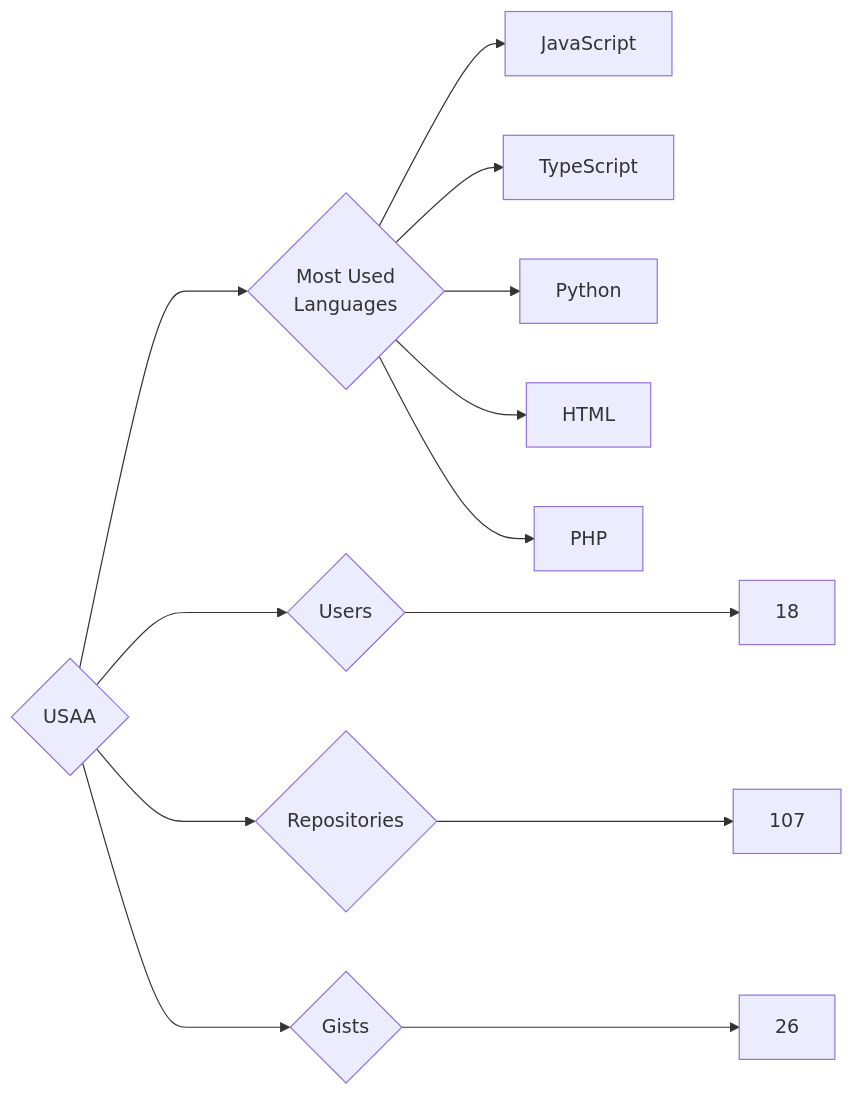
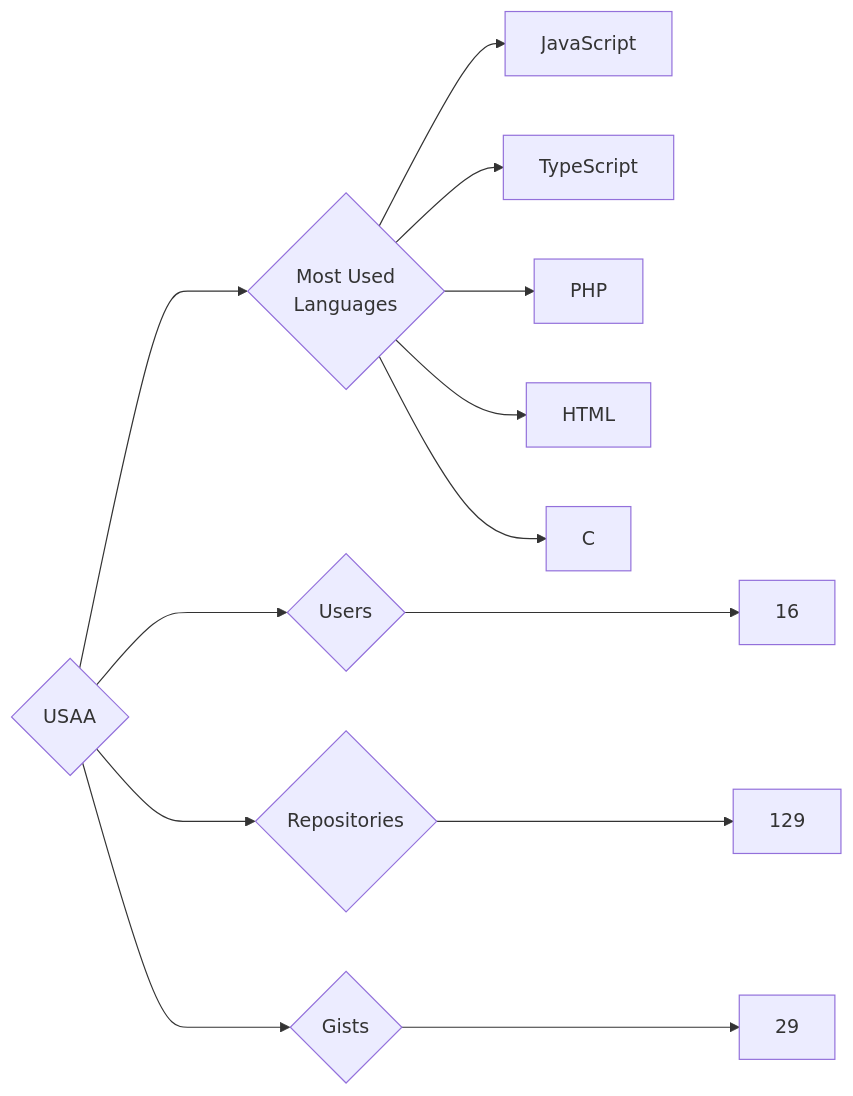
The diagram in targets/USAA/README.md (trickest/insiders), drawn with Mermaid before and after one commit. The commit also changed 972 other files, not shown here.

````diff
--- a/targets/USAA/README.md
+++ b/targets/USAA/README.md
@@ -3,13 +3,13 @@
 ```mermaid
 graph LR
 COMPANY_NAME{USAA}
-COMPANY_NAME ---> U{Users} ---> UN[18]
-COMPANY_NAME ---> R{Repositories} ---> RN[107]
-COMPANY_NAME ---> G{Gists} ---> GN[26]
+COMPANY_NAME ---> U{Users} ---> UN[16]
+COMPANY_NAME ---> R{Repositories} ---> RN[129]
+COMPANY_NAME ---> G{Gists} ---> GN[29]
 COMPANY_NAME ---> ML{Most Used<br>Languages}
 ML --> JavaScript[JavaScript]
 ML --> TypeScript[TypeScript]
-ML --> Python[Python]
+ML --> PHP[PHP]
 ML --> HTML[HTML]
-ML --> PHP[PHP]
+ML --> C[C]
 ```
````
